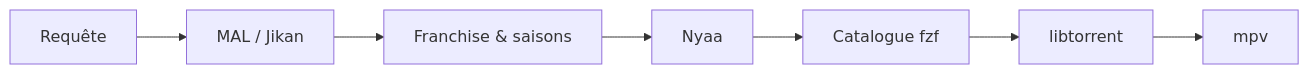
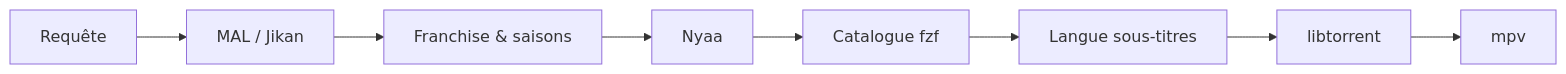
The diagram in README.md (CloudDown/annie), drawn with Mermaid before and after one commit. The commit also changed other lines of this file and 16 other files, not shown here.

````diff
--- a/README.md
+++ b/README.md
@@ -158,9 +194,10 @@
 ```mermaid
 flowchart LR
     A[Requête] --> B[MAL / Jikan]
     B --> C[Franchise & saisons]
     C --> D[Nyaa]
     D --> E[Catalogue fzf]
-    E --> F[libtorrent]
-    F --> G[mpv]
+    E --> F[Langue sous-titres]
+    F --> G[libtorrent]
+    G --> H[mpv]
 ```
````
